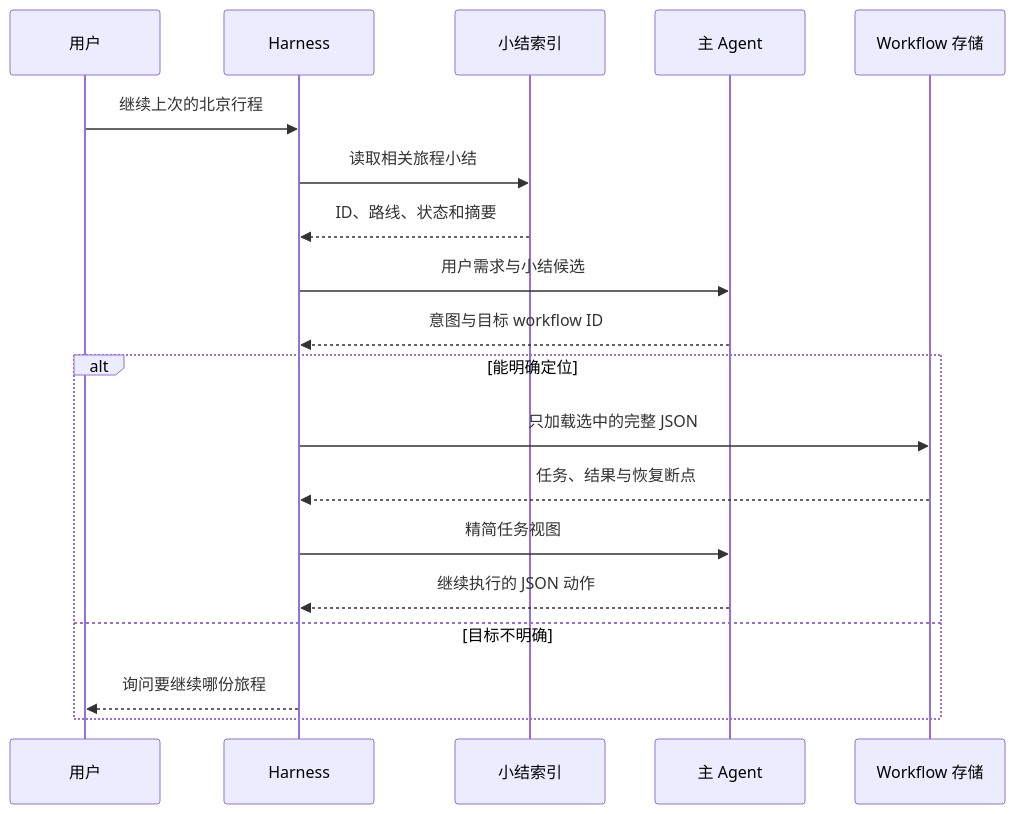
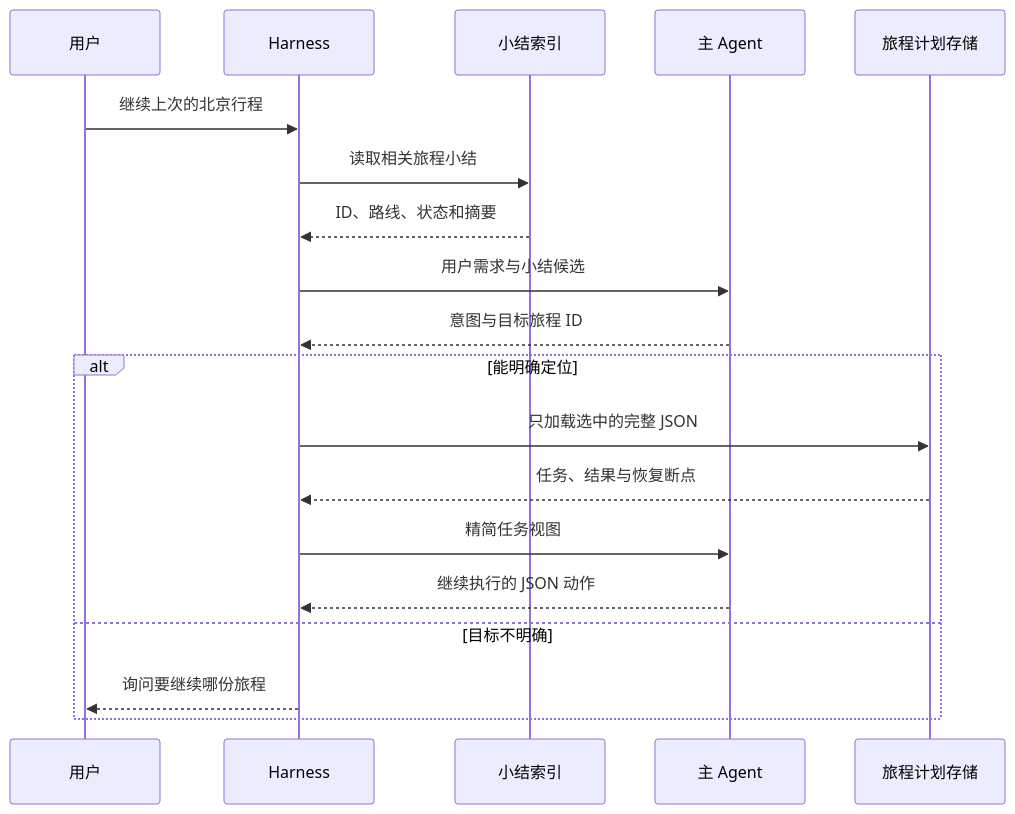
The third of 3 diagrams in README.md (yzy703050-oss/trip-evidence-agent), drawn with Mermaid before and after one commit. The commit also changed other lines of this file, not shown here.

Commit message:
docs: distinguish trip plans from workflow execution

````diff
--- a/README.md
+++ b/README.md
@@ -84,21 +84,21 @@
 ```mermaid
 sequenceDiagram
     participant U as 用户
     participant H as Harness
     participant S as 小结索引
     participant M as 主 Agent
-    participant W as Workflow 存储
+    participant W as 旅程计划存储
     U->>H: 继续上次的北京行程
     H->>S: 读取相关旅程小结
     S-->>H: ID、路线、状态和摘要
     H->>M: 用户需求与小结候选
-    M-->>H: 意图与目标 workflow ID
+    M-->>H: 意图与目标旅程 ID
     alt 能明确定位
         H->>W: 只加载选中的完整 JSON
         W-->>H: 任务、结果与恢复断点
         H->>M: 精简任务视图
         M-->>H: 继续执行的 JSON 动作
     else 目标不明确
         H-->>U: 询问要继续哪份旅程
     end
 ```
````
